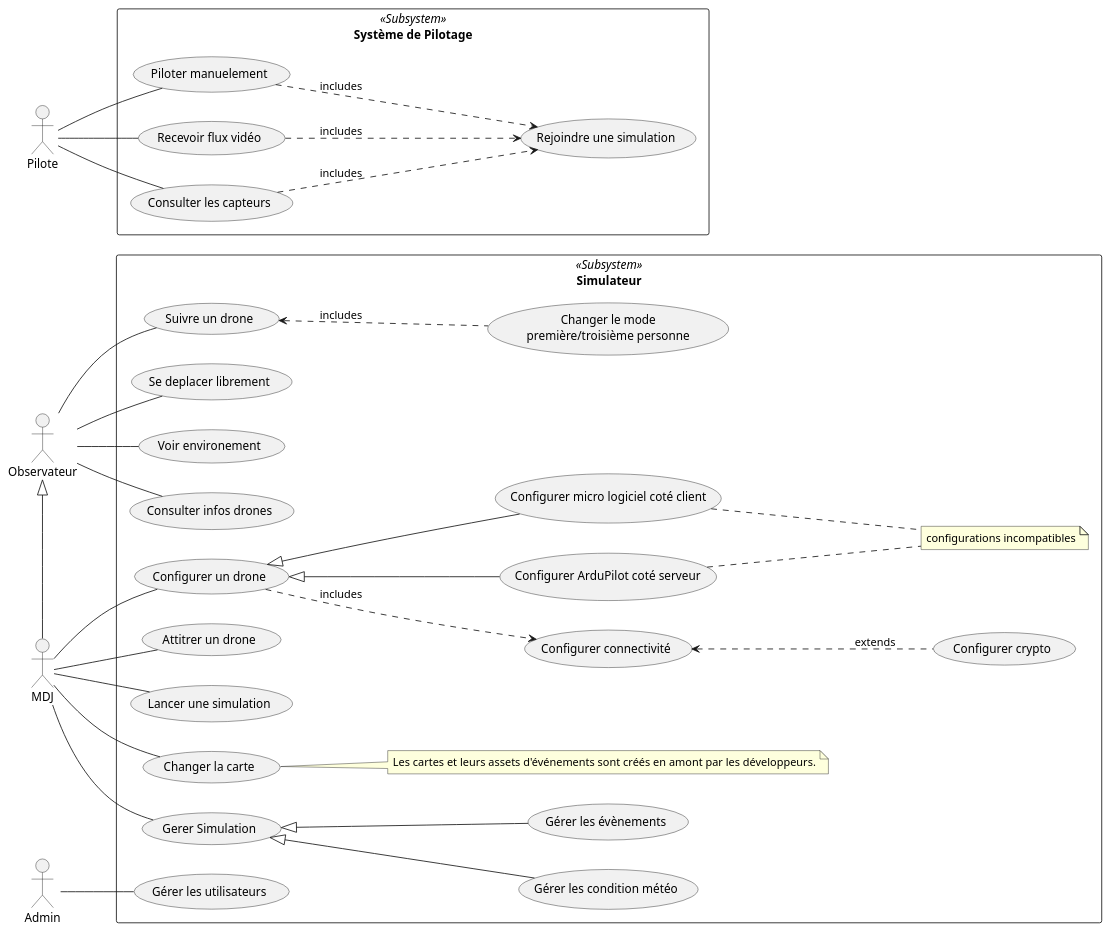
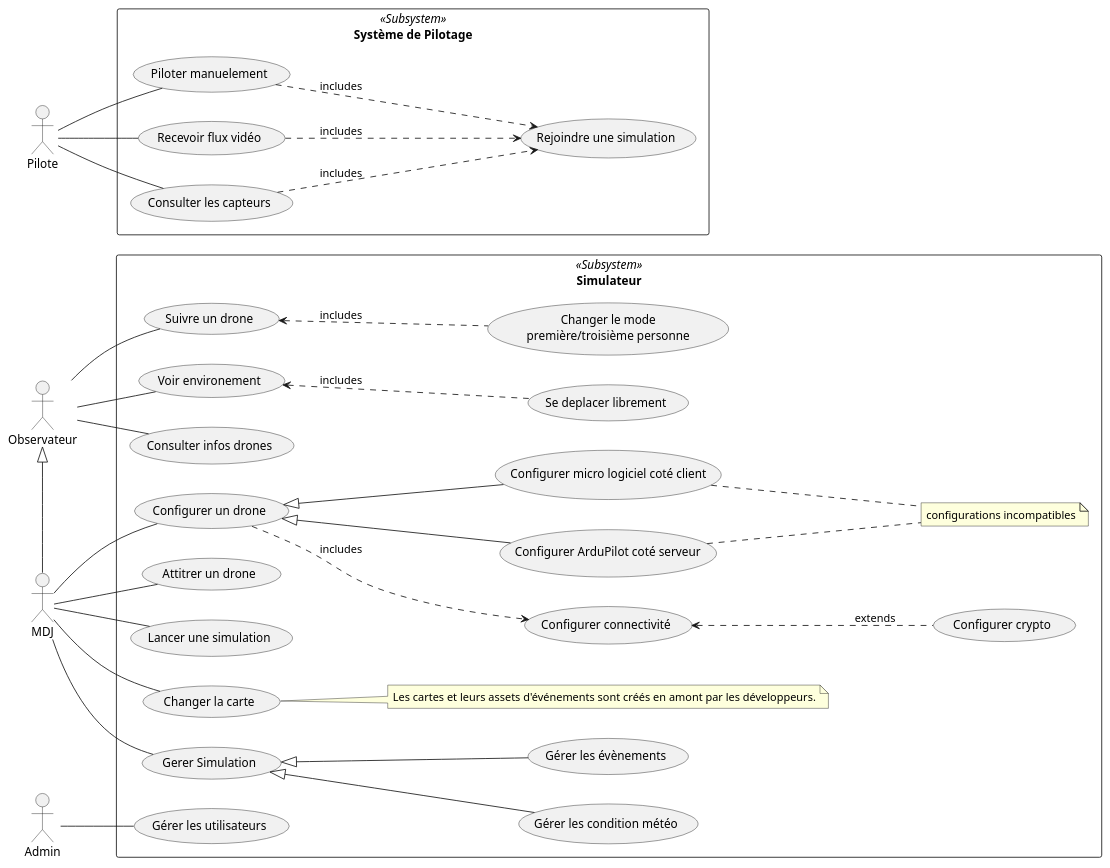
The diagram in doc/simulateur_uc.puml (tombartos/SAE-DRONE), drawn with PlantUML before and after one commit. The commit also changed 1 other file, not shown here.

```diff
--- a/doc/simulateur_uc.puml
+++ b/doc/simulateur_uc.puml
@@ -1,64 +1,64 @@
 @startuml
 
 left to right direction
 
 actor Observateur
 actor MDJ
 actor Pilote
 actor Admin
 'actor Admin
 
 rectangle "Système de Pilotage" <<Subsystem>> as SysPilot {
     Pilote -- (Piloter manuelement)
     Pilote -- (Recevoir flux vidéo)
     Pilote -- (Consulter les capteurs)
 
     (Recevoir flux vidéo) ..> (Rejoindre une simulation) : includes
     (Piloter manuelement) ..> (Rejoindre une simulation) : includes
     (Consulter les capteurs) ..> (Rejoindre une simulation) : includes
 }
 
 MDJ -left-|> Observateur
 
 rectangle Simulateur <<Subsystem>> {
 
     usecase (Suivre un drone) as follow_drone
 
     follow_drone <.down. (Changer le mode\npremière/troisième personne) : includes
+    (Voir environement) <.. (Se deplacer librement) : includes
 
-    Observateur -- (Se deplacer librement)
     Observateur -- (Voir environement)
     Observateur -- follow_drone
     Observateur -- (Consulter infos drones)
 
     usecase (Configurer un drone) as cfg_drone
     usecase (Configurer connectivité) as cfg_conn
     usecase (Configurer crypto) as cfg_crypt
     usecase (Configurer ArduPilot coté serveur) as cfg_ardu_ss
     usecase (Configurer micro logiciel coté client) as cfg_ardu_cs
     usecase (Attitrer un drone) as cfg_attrib_drone
     usecase (Lancer une simulation) as cfg_sim
     note "configurations incompatibles" as mutex1
     note "Les cartes et leurs assets d'événements sont créés en amont par les développeurs." as note1
 
     cfg_drone .down.> cfg_conn : includes
     cfg_conn <.down. cfg_crypt : extends
     cfg_drone <|-- cfg_ardu_ss
     cfg_drone <|-- cfg_ardu_cs
     cfg_ardu_ss .. mutex1
     cfg_ardu_cs .. mutex1
 
     MDJ -- (Changer la carte)
     (Changer la carte) .. note1
     MDJ -- (Gerer Simulation)
     (Gerer Simulation) <|-- (Gérer les condition météo)
     (Gerer Simulation) <|-- (Gérer les évènements)
     MDJ -- cfg_drone
     MDJ -- cfg_attrib_drone
     MDJ -- cfg_sim
 
     Admin -- (Gérer les utilisateurs)
 
 }
 
 @enduml
```
